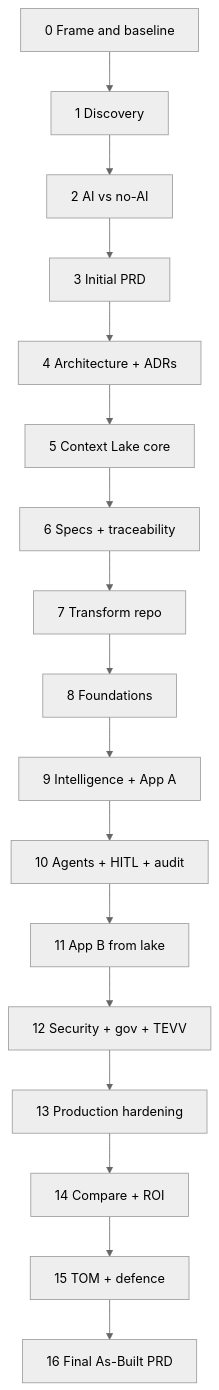
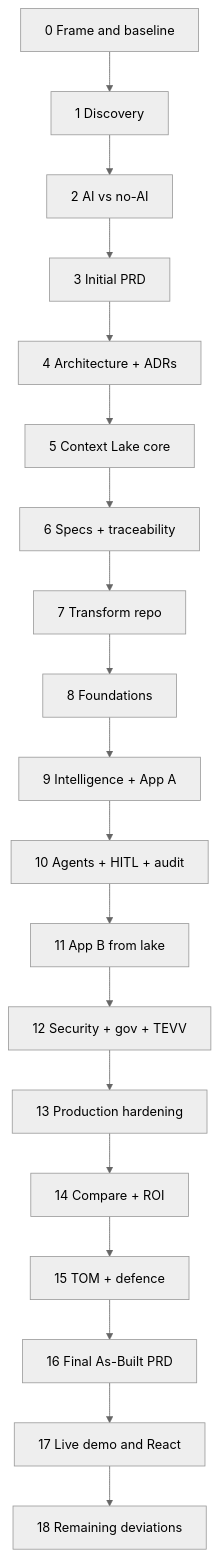
The second of 2 diagrams in Execution_Plan.md (mumbrajkar-ul2/SPRINT4_CAPSTONE), drawn with Mermaid (neutral theme) before and after one commit. The commit also changed other lines of this file and 69 other files, not shown here.

````diff
--- a/Execution_Plan.md
+++ b/Execution_Plan.md
@@ -335,19 +351,21 @@
 ```mermaid
 flowchart TD
   P0[0 Frame and baseline] --> P1[1 Discovery]
   P1 --> P2[2 AI vs no-AI]
   P2 --> P3[3 Initial PRD]
   P3 --> P4[4 Architecture + ADRs]
   P4 --> P5[5 Context Lake core]
   P5 --> P6[6 Specs + traceability]
   P6 --> P7[7 Transform repo]
   P7 --> P8[8 Foundations]
   P8 --> P9[9 Intelligence + App A]
   P9 --> P10[10 Agents + HITL + audit]
   P10 --> P11[11 App B from lake]
   P11 --> P12[12 Security + gov + TEVV]
   P12 --> P13[13 Production hardening]
   P13 --> P14[14 Compare + ROI]
   P14 --> P15[15 TOM + defence]
   P15 --> P16[16 Final As-Built PRD]
+  P16 --> P17[17 Live demo and React]
+  P17 --> P18[18 Remaining deviations]
 ```
````
